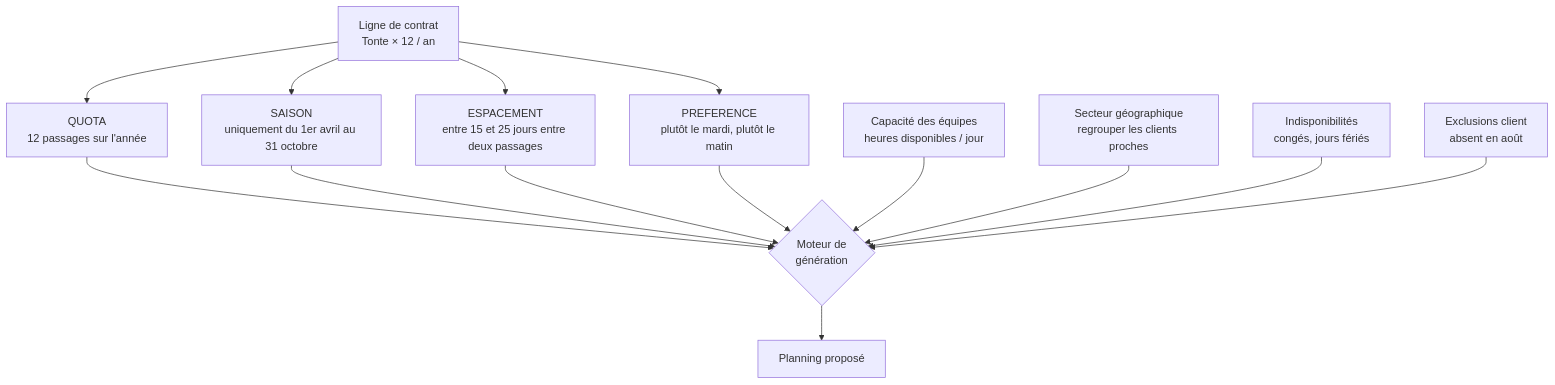
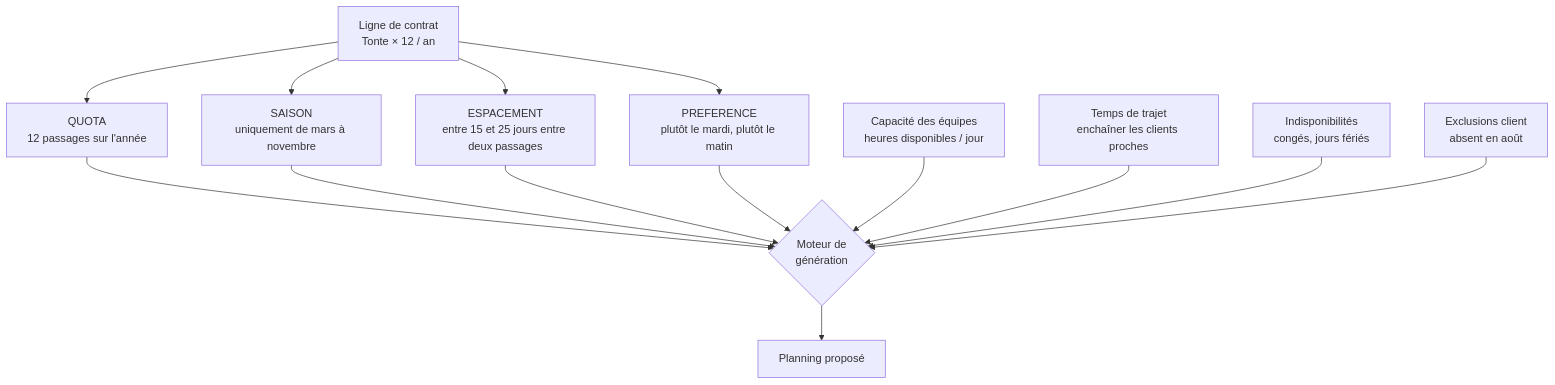
One commit to sladinji/Planisage changed the third of 9 diagrams in docs/02-conception-poc.md. Above: the diagram before and after it, drawn with Mermaid. The commit also changed other lines of this file and 2 other files, not shown here.

````diff
--- a/docs/02-conception-poc.md
+++ b/docs/02-conception-poc.md
@@ -190,19 +241,19 @@
 ```mermaid
 flowchart TD
     L["Ligne de contrat<br/>Tonte × 12 / an"] --> Q["QUOTA<br/>12 passages sur l'année"]
-    L --> S["SAISON<br/>uniquement du 1er avril au 31 octobre"]
+    L --> S["SAISON<br/>uniquement de mars à novembre"]
     L --> E["ESPACEMENT<br/>entre 15 et 25 jours entre deux passages"]
     L --> P["PREFERENCE<br/>plutôt le mardi, plutôt le matin"]
 
     Q --> G{"Moteur de<br/>génération"}
     S --> G
     E --> G
     P --> G
 
     C1["Capacité des équipes<br/>heures disponibles / jour"] --> G
-    C2["Secteur géographique<br/>regrouper les clients proches"] --> G
+    C2["Temps de trajet<br/>enchaîner les clients proches"] --> G
     C3["Indisponibilités<br/>congés, jours fériés"] --> G
     C4["Exclusions client<br/>absent en août"] --> G
 
     G --> R["Planning proposé"]
 ```
````
